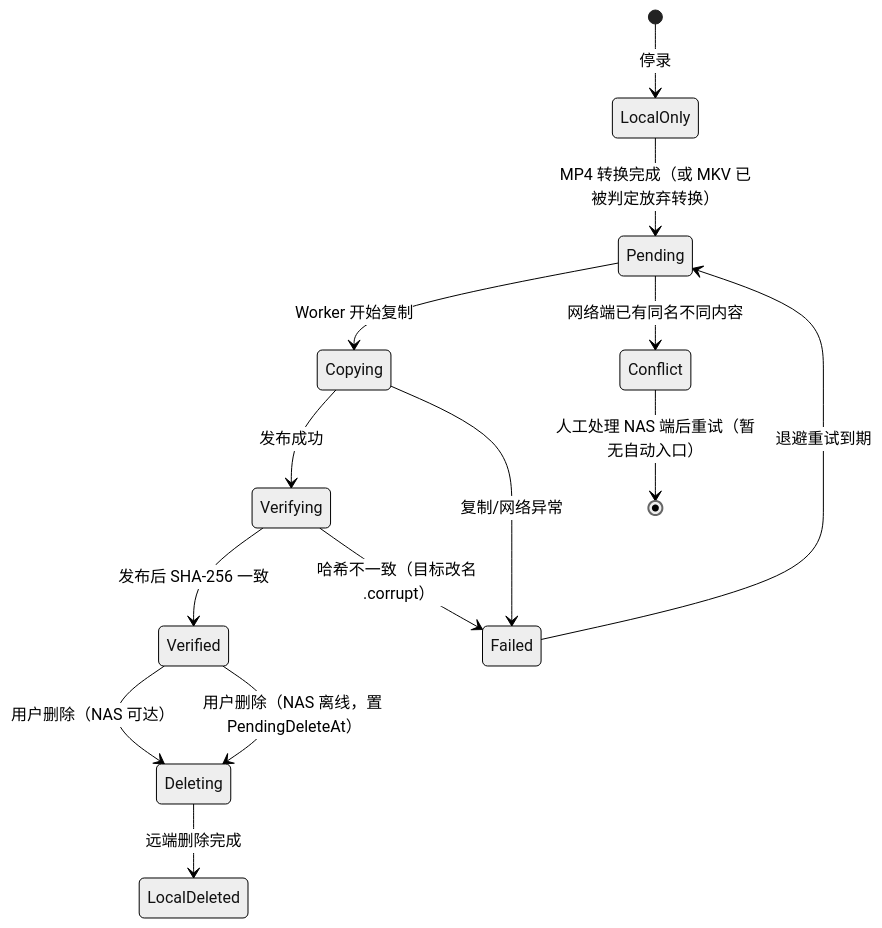
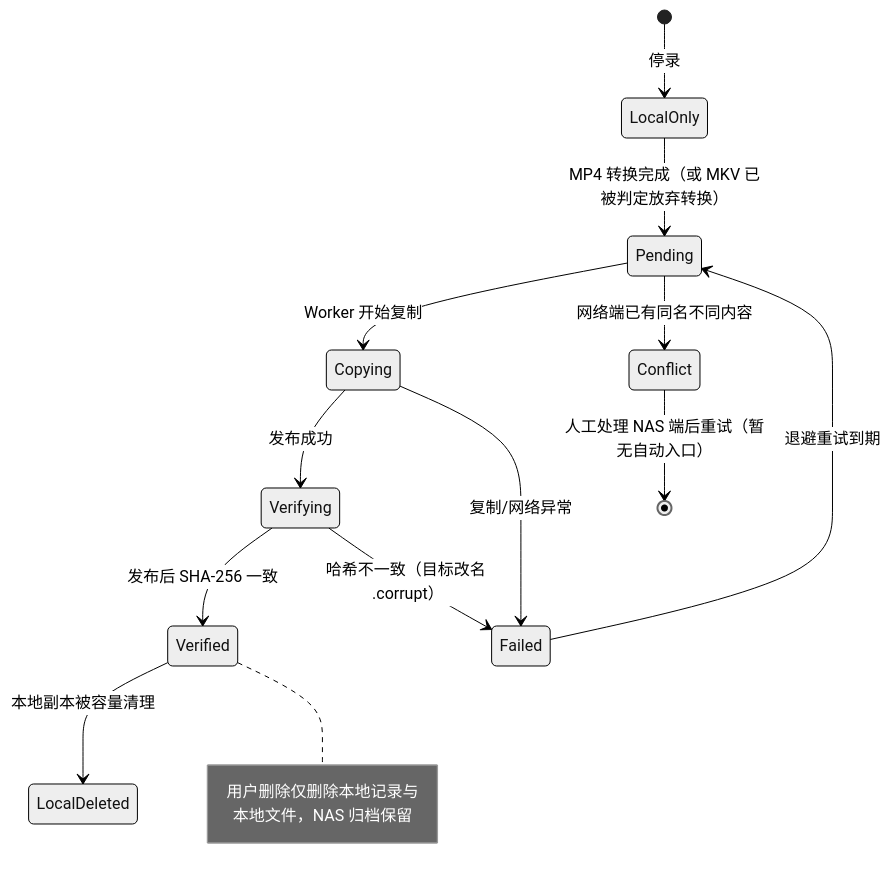
Before and after one commit to PackingProof/PackingProof-Desktop: the second of 4 diagrams in docs/nas-storage-architecture.md, drawn with Mermaid (neutral theme). The commit also changed other lines of this file and 3 other files, not shown here.

````diff
--- a/docs/nas-storage-architecture.md
+++ b/docs/nas-storage-architecture.md
@@ -25,16 +27,15 @@
 ```mermaid
 stateDiagram-v2
     [*] --> LocalOnly: 停录
     LocalOnly --> Pending: MP4 转换完成（或 MKV 已被判定放弃转换）
     Pending --> Copying: Worker 开始复制
     Copying --> Verifying: 发布成功
     Verifying --> Verified: 发布后 SHA-256 一致
     Verifying --> Failed: 哈希不一致（目标改名 .corrupt）
     Copying --> Failed: 复制/网络异常
     Failed --> Pending: 退避重试到期
     Pending --> Conflict: 网络端已有同名不同内容
     Conflict --> [*]: 人工处理 NAS 端后重试（暂无自动入口）
-    Verified --> Deleting: 用户删除（NAS 可达）
-    Verified --> Deleting: 用户删除（NAS 离线，置 PendingDeleteAt）
-    Deleting --> LocalDeleted: 远端删除完成
+    Verified --> LocalDeleted: 本地副本被容量清理
+    note right of Verified: 用户删除仅删除本地记录与本地文件，NAS 归档保留
 ```
````
